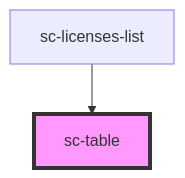
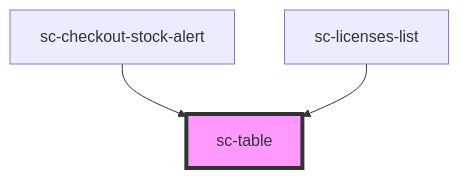
One commit to surecart/surecart-wp-plugin changed the diagram in packages/components/src/components/ui/table/readme.md. Above: the diagram before and after it, drawn with Mermaid. The commit also changed other lines of this file and 34 other files, not shown here.

````diff
--- a/packages/components/src/components/ui/table/readme.md
+++ b/packages/components/src/components/ui/table/readme.md
@@ -15,5 +16,6 @@
 ```mermaid
 graph TD;
+  sc-checkout-stock-alert --> sc-table
   sc-licenses-list --> sc-table
   style sc-table fill:#f9f,stroke:#333,stroke-width:4px
 ```
````
